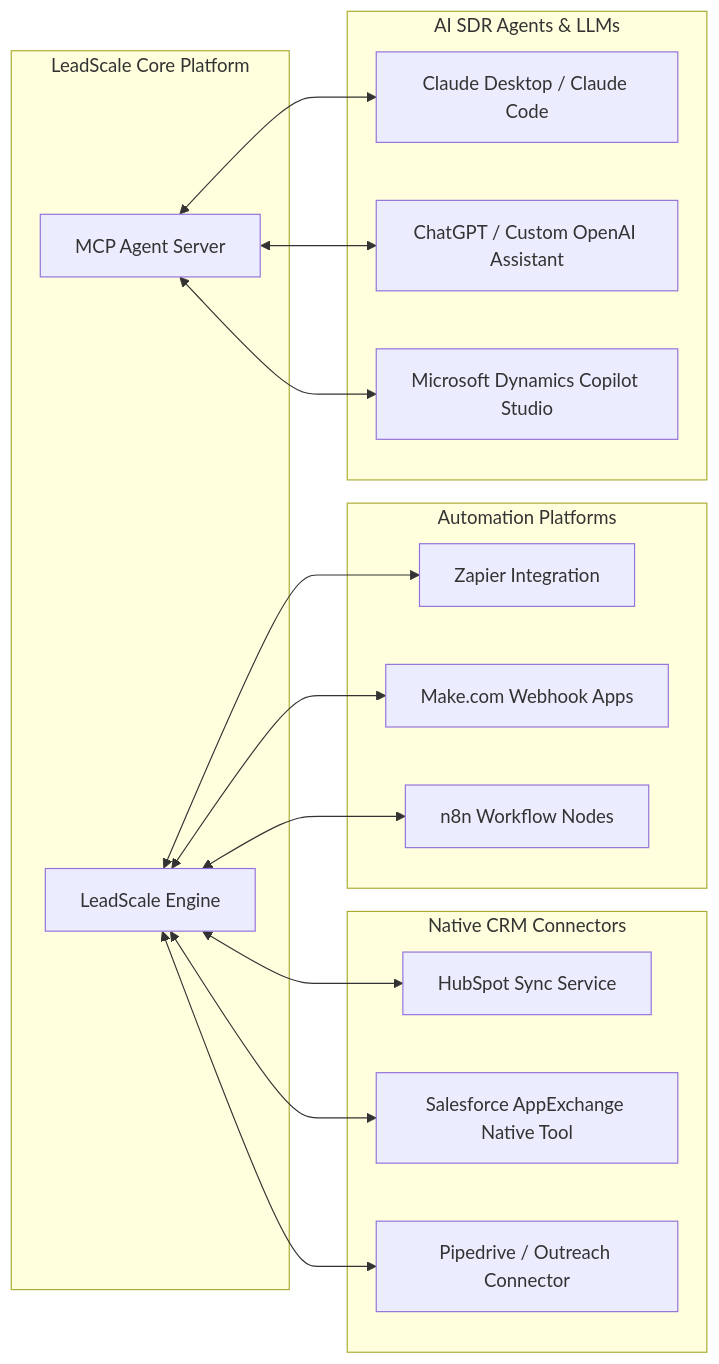
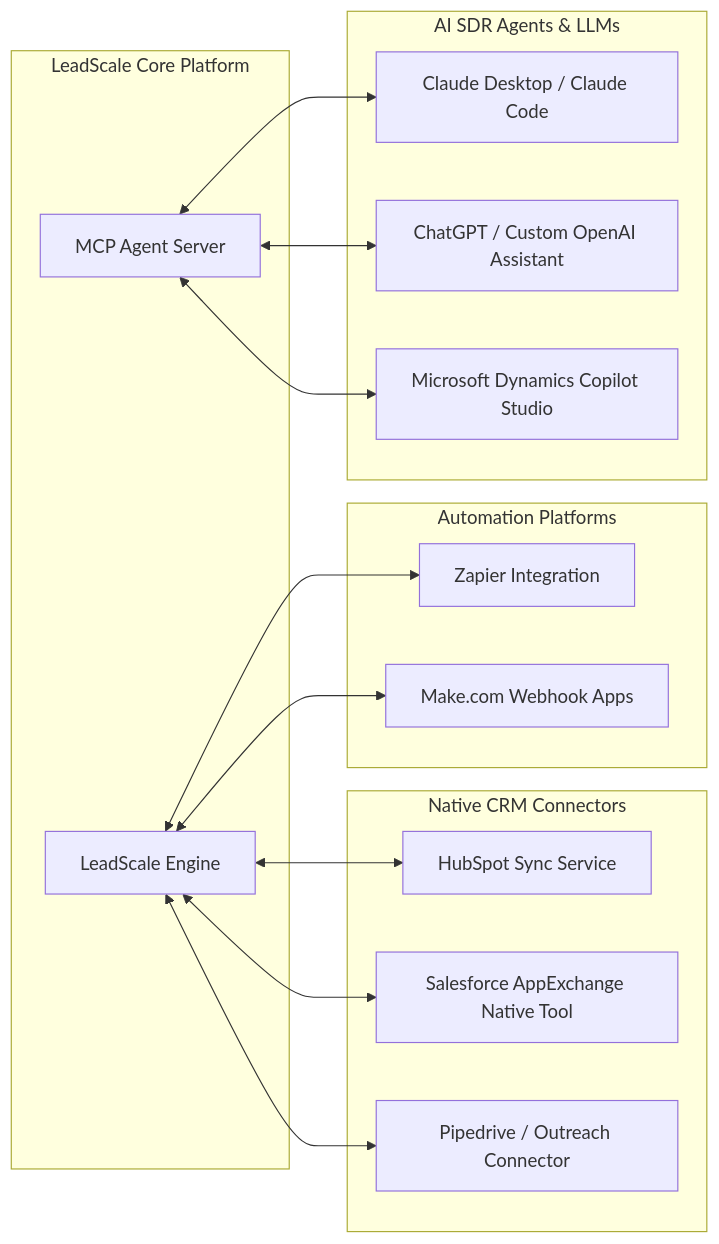
The diagram in docs/integrations.md (01RG0/getleads), drawn with Mermaid before and after one commit.

Commit message:
docs: remove n8n from integrations architecture

````diff
--- a/docs/integrations.md
+++ b/docs/integrations.md
@@ -10,37 +10,35 @@
 ```mermaid
 graph LR
     subgraph LeadScale Core Platform
         LS[LeadScale Engine]
         MCP[MCP Agent Server]
     end
 
     subgraph Native CRM Connectors
         HS[HubSpot Sync Service]
         SF[Salesforce AppExchange Native Tool]
         PD[Pipedrive / Outreach Connector]
     end
 
     subgraph Automation Platforms
         ZAP[Zapier Integration]
         MAKE[Make.com Webhook Apps]
-        n8n[n8n Workflow Nodes]
     end
 
     subgraph AI SDR Agents & LLMs
         CL[Claude Desktop / Claude Code]
         GPT[ChatGPT / Custom OpenAI Assistant]
         MS[Microsoft Dynamics Copilot Studio]
     end
 
     LS <--> HS
     LS <--> SF
     LS <--> PD
 
     LS <--> ZAP
     LS <--> MAKE
-    LS <--> n8n
 
     MCP <--> CL
     MCP <--> GPT
     MCP <--> MS
 ```
````
